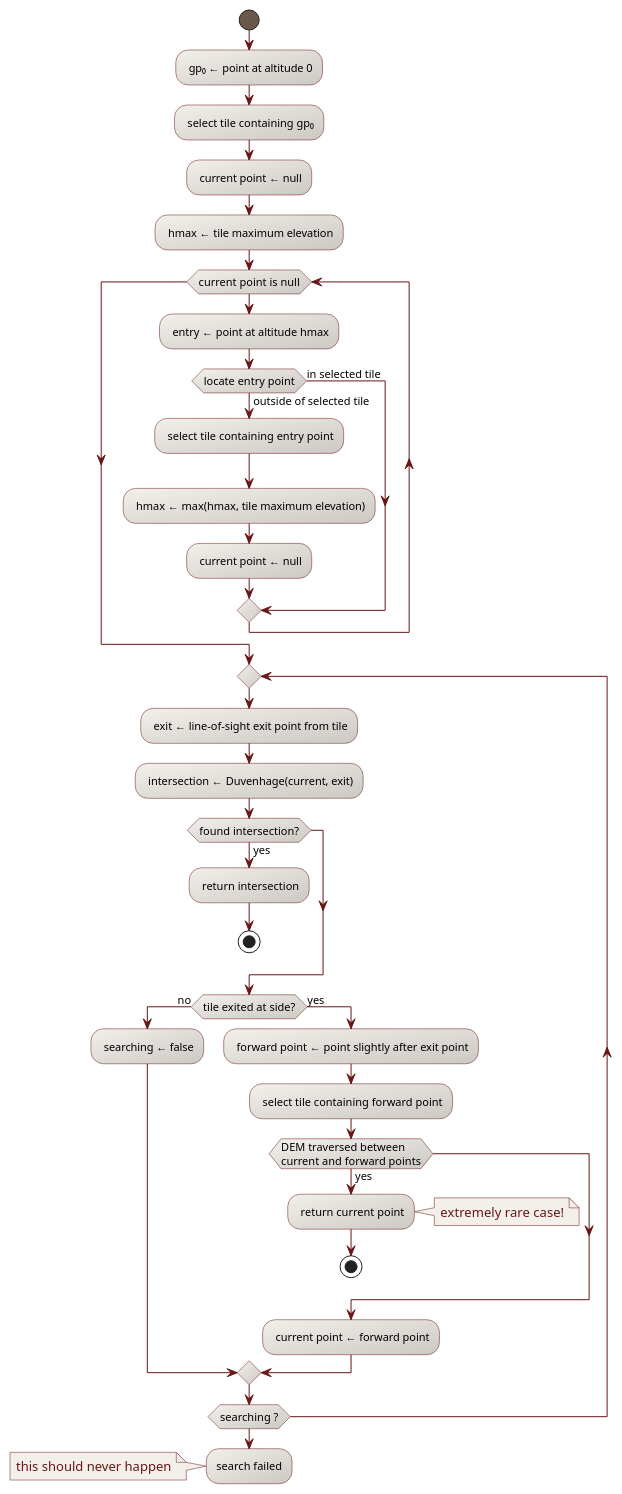
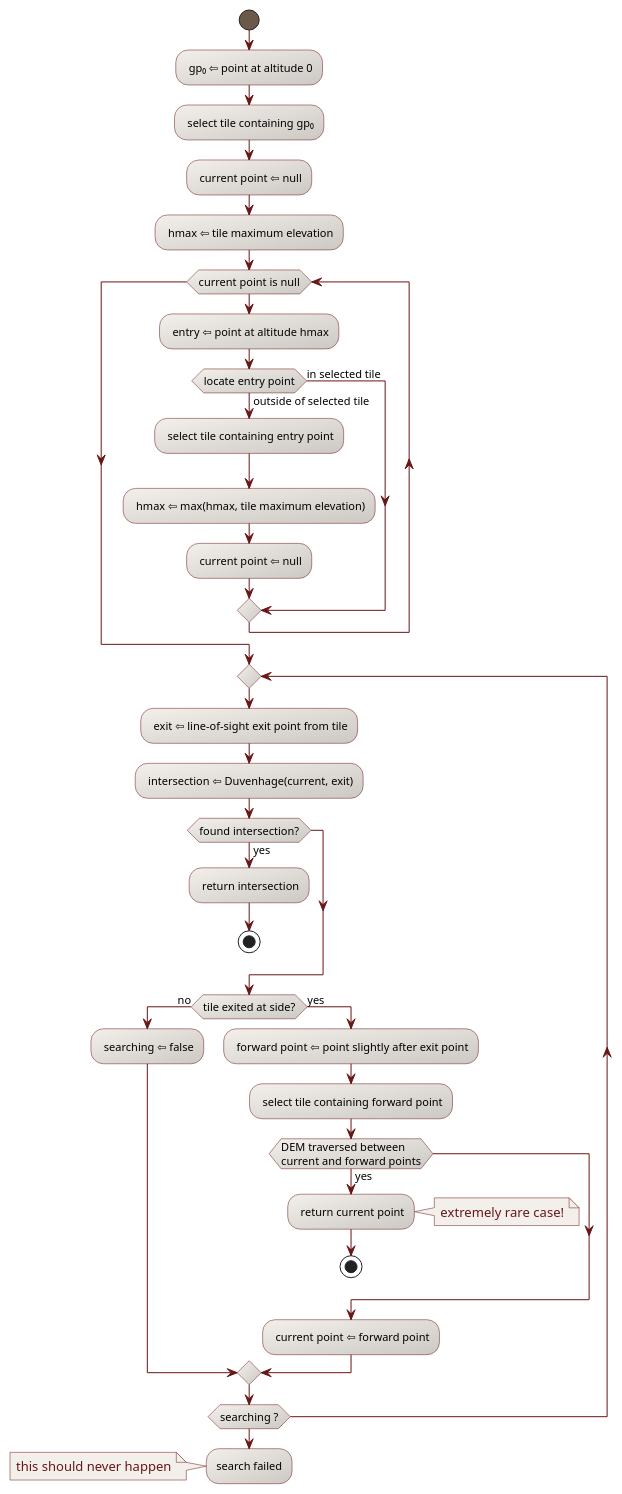
The diagram in design/duvenhage-top-loop-activity-diagram.puml (CS-SI/Rugged), drawn with PlantUML before and after one commit. The commit also changed 1 other file, not shown here.

Commit message:
Changed arrows in activity diagrams.

```diff
--- a/design/duvenhage-top-loop-activity-diagram.puml
+++ b/design/duvenhage-top-loop-activity-diagram.puml
@@ -17,56 +17,56 @@
 @startuml
 
   skinparam svek                                true
   skinparam NoteBackgroundColor                 #F3EFEB
   skinparam NoteBorderColor                     #691616
   skinparam NoteFontColor                       #691616
   skinparam ActivityStartColor                  #6A584B
   skinparam ActivityEndColor                    #6A584B
   skinparam ActivityBarColor                    #6A584B
   skinparam ActivityBorderColor                 #691616
   skinparam ActivityBackgroundColor             #F3EFEB/CCC9C5
   skinparam ActivityArrowColor                  #691616
   skinparam ActivityFontSize                    11
 
   start
-  : gp₀ ← point at altitude 0;
+  : gp₀ ⇦ point at altitude 0;
   : select tile containing gp₀;
-  : current point ← null;
-  : hmax ← tile maximum elevation;
+  : current point ⇦ null;
+  : hmax ⇦ tile maximum elevation;
   while (current point is null)
-    : entry ← point at altitude hmax;
+    : entry ⇦ point at altitude hmax;
     if (locate entry point) then (in selected tile)
     else (outside of selected tile)
       : select tile containing entry point;
-      : hmax ← max(hmax, tile maximum elevation);
-      : current point ← null;
+      : hmax ⇦ max(hmax, tile maximum elevation);
+      : current point ⇦ null;
     endif
   endwhile
   repeat
-    : exit ← line-of-sight exit point from tile;
-    : intersection ← Duvenhage(current, exit);
+    : exit ⇦ line-of-sight exit point from tile;
+    : intersection ⇦ Duvenhage(current, exit);
     if (found intersection?) then (yes)
       : return intersection;
       stop
     endif
     if (tile exited at side?) then (no)
-      : searching ← false;
+      : searching ⇦ false;
     else (yes)
-      : forward point ← point slightly after exit point;
+      : forward point ⇦ point slightly after exit point;
       : select tile containing forward point;
       if (DEM traversed between\ncurrent and forward points) then (yes)
         : return current point;
         note right
          extremely rare case!
         end note
         stop
       endif
-      : current point ← forward point;
+      : current point ⇦ forward point;
     endif
   repeat while (searching ?)
   :search failed;
   note left
     this should never happen
   end note
 
 @enduml
```
